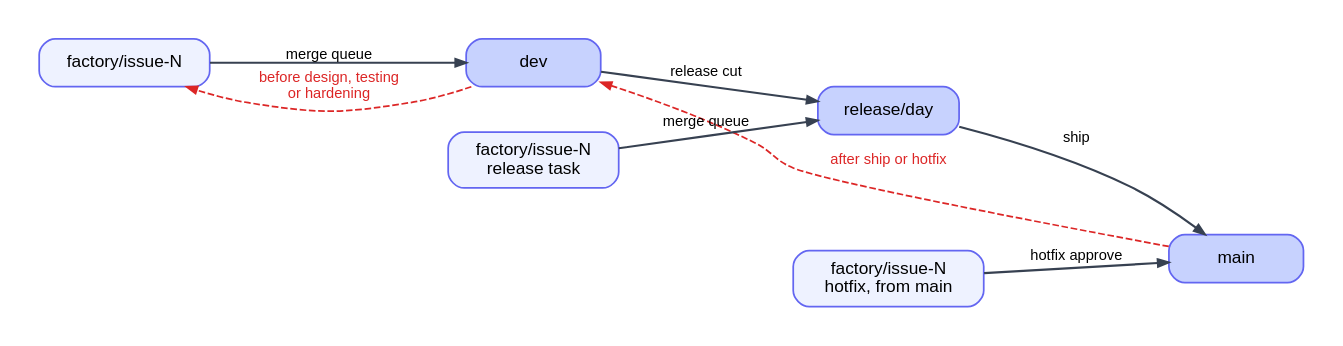
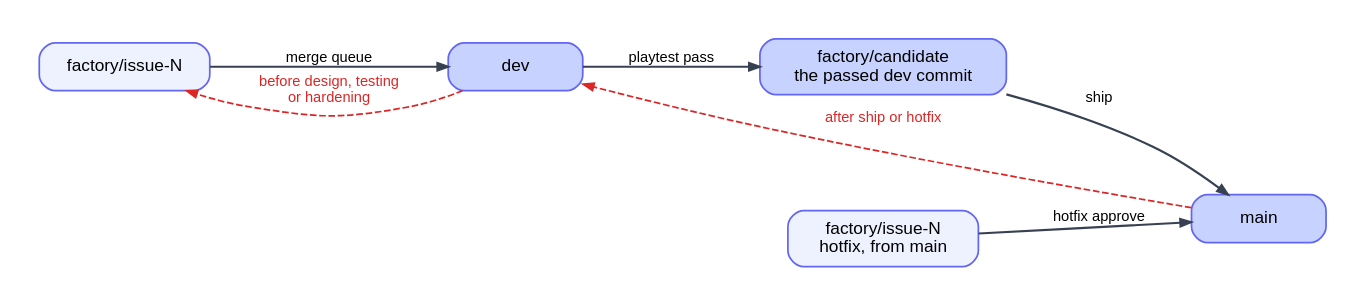
The diagram in factory/docs/diagrams/branches.dot (ROAM-game-org/road-machiners), drawn with Graphviz before and after one commit. The commit also changed 25 other files, not shown here.

First line of the commit message:
Docs and diagrams for the release from dev, Hermes route kind, stale fixtures

```diff
--- a/factory/docs/diagrams/branches.dot
+++ b/factory/docs/diagrams/branches.dot
@@ -1,13 +1,13 @@
 // Branches. Each arrow is a merge.
 digraph branches {
   rankdir=LR; nodesep=0.35; ranksep=0.8; bgcolor=white; pad=0.3;
   node [shape=box, style="rounded,filled", fillcolor="#eef2ff", color="#6366f1", fontname="Helvetica", fontsize=13, margin="0.2,0.1", penwidth=1.3, width=1.4];
   edge [color="#374151", penwidth=1.6, arrowsize=0.8, fontname="Helvetica", fontsize=11];
-  issue [label="factory/issue-N"]; dev [label="dev", fillcolor="#c7d2fe"]; rel [label="release/day", fillcolor="#c7d2fe"]; main [label="main", fillcolor="#c7d2fe"];
-  task [label="factory/issue-N\nrelease task"]; hotfix [label="factory/issue-N\nhotfix, from main"];
-  issue -> dev [label="merge queue"]; dev -> rel [label="release cut"]; rel -> main [label="ship"];
-  task -> rel [label="merge queue"]; hotfix -> main [label="hotfix approve"];
+  issue [label="factory/issue-N"]; dev [label="dev", fillcolor="#c7d2fe"]; cand [label="factory/candidate\nthe passed dev commit", fillcolor="#c7d2fe"]; main [label="main", fillcolor="#c7d2fe"];
+  hotfix [label="factory/issue-N\nhotfix, from main"];
+  issue -> dev [label="merge queue"]; dev -> cand [label="playtest pass"]; cand -> main [label="ship"];
+  hotfix -> main [label="hotfix approve"];
   edge [color="#dc2626", fontcolor="#dc2626", style=dashed, penwidth=1.3];
   main -> dev [label="after ship or hotfix", constraint=false];
   dev -> issue [label="before design, testing\nor hardening", constraint=false];
 }
```
